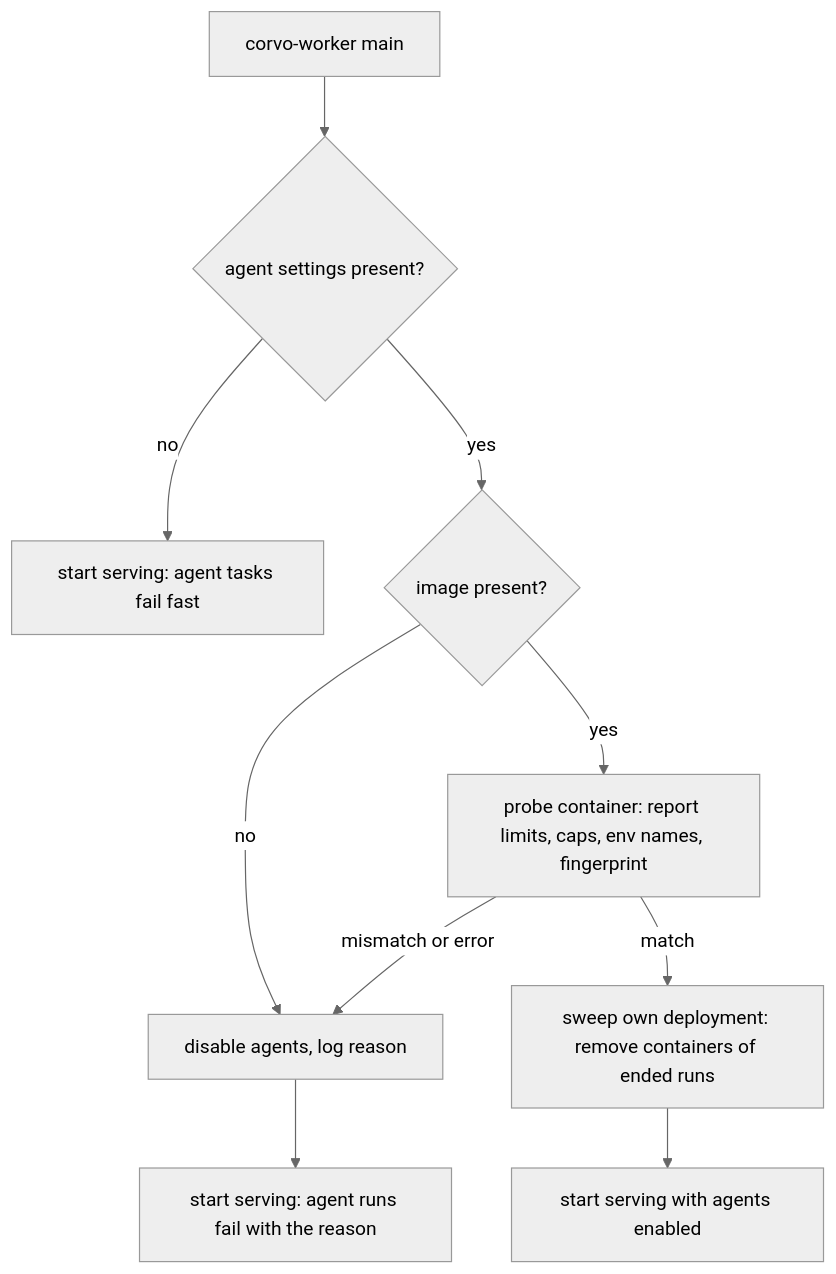
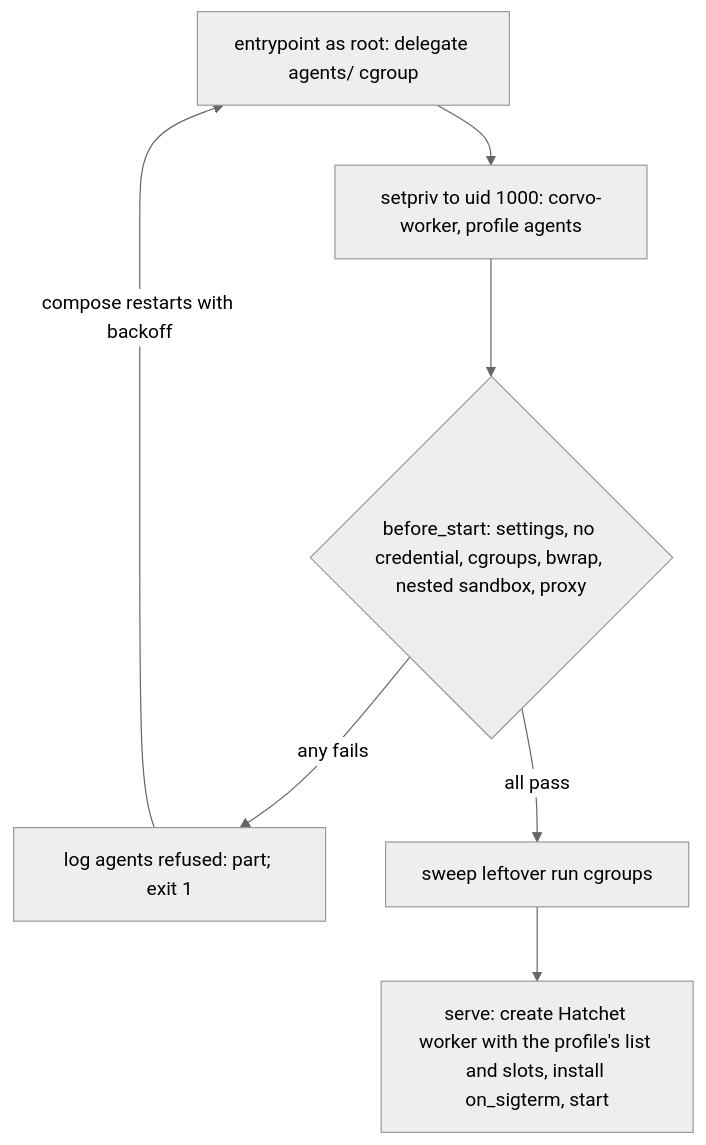
The fourth of 4 diagrams in docs/plans/2026-10-15-0020-feat-agents-skeleton-plan.md (thatsnotmynameio/corvo), drawn with Mermaid (neutral theme) before and after one commit. The commit also changed other lines of this file and 11 other files, not shown here.

First line of the commit message:
docs: run agents in bubblewrap on corvo-worker's agents profile

````diff
--- a/docs/plans/2026-10-15-0020-feat-agents-skeleton-plan.md
+++ b/docs/plans/2026-10-15-0020-feat-agents-skeleton-plan.md
@@ -491,12 +543,9 @@
 ```mermaid
 flowchart TB
-  M[corvo-worker main] --> Q{agent settings present?}
-  Q -->|no| SV[start serving: agent tasks fail fast]
-  Q -->|yes| I{image present?}
-  I -->|no| DIS[disable agents, log reason]
-  I -->|yes| P[probe container: report limits, caps, env names, fingerprint]
-  P -->|mismatch or error| DIS
-  P -->|match| SW[sweep own deployment: remove containers of ended runs]
-  SW --> SV2[start serving with agents enabled]
-  DIS --> SV3[start serving: agent runs fail with the reason]
+  E[entrypoint as root: delegate agents/ cgroup] --> D[setpriv to uid 1000: corvo-worker, profile agents]
+  D --> C{before_start: settings, no credential, cgroups, bwrap, nested sandbox, proxy}
+  C -->|any fails| X[log agents refused: part; exit 1]
+  X -->|compose restarts with backoff| E
+  C -->|all pass| S[sweep leftover run cgroups]
+  S --> R[serve: create Hatchet worker with the profile's list and slots, install on_sigterm, start]
 ```
````
